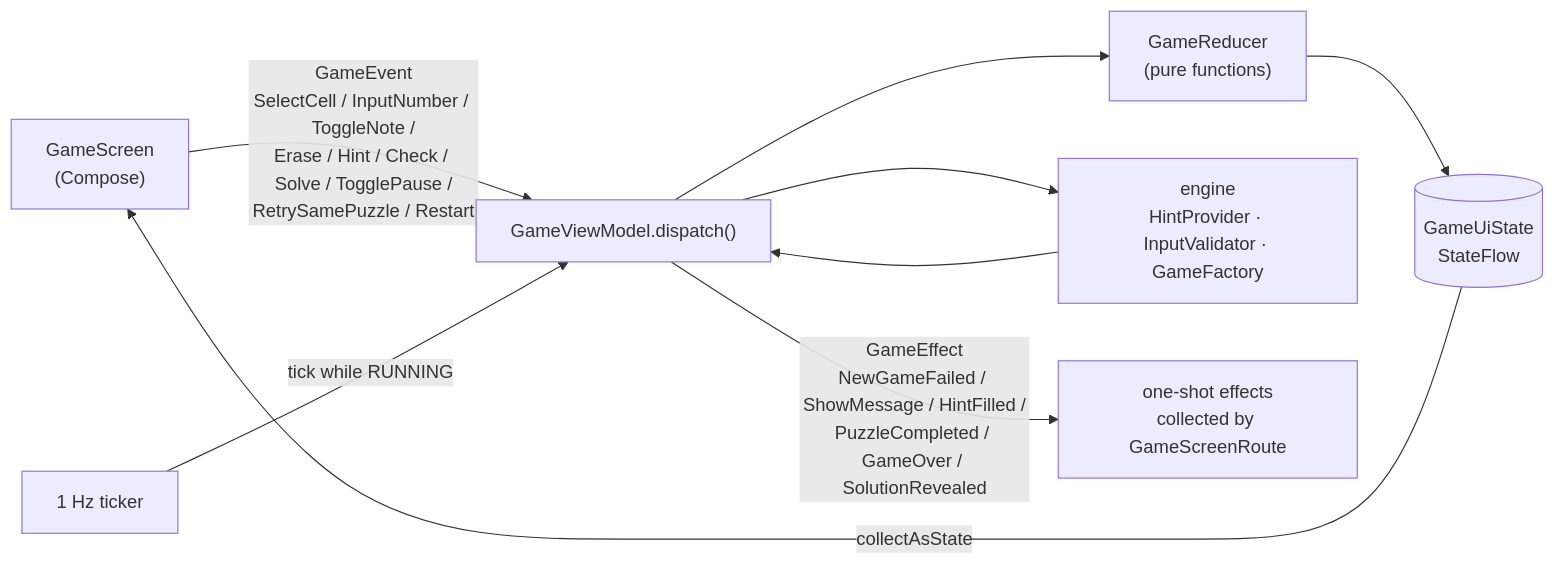
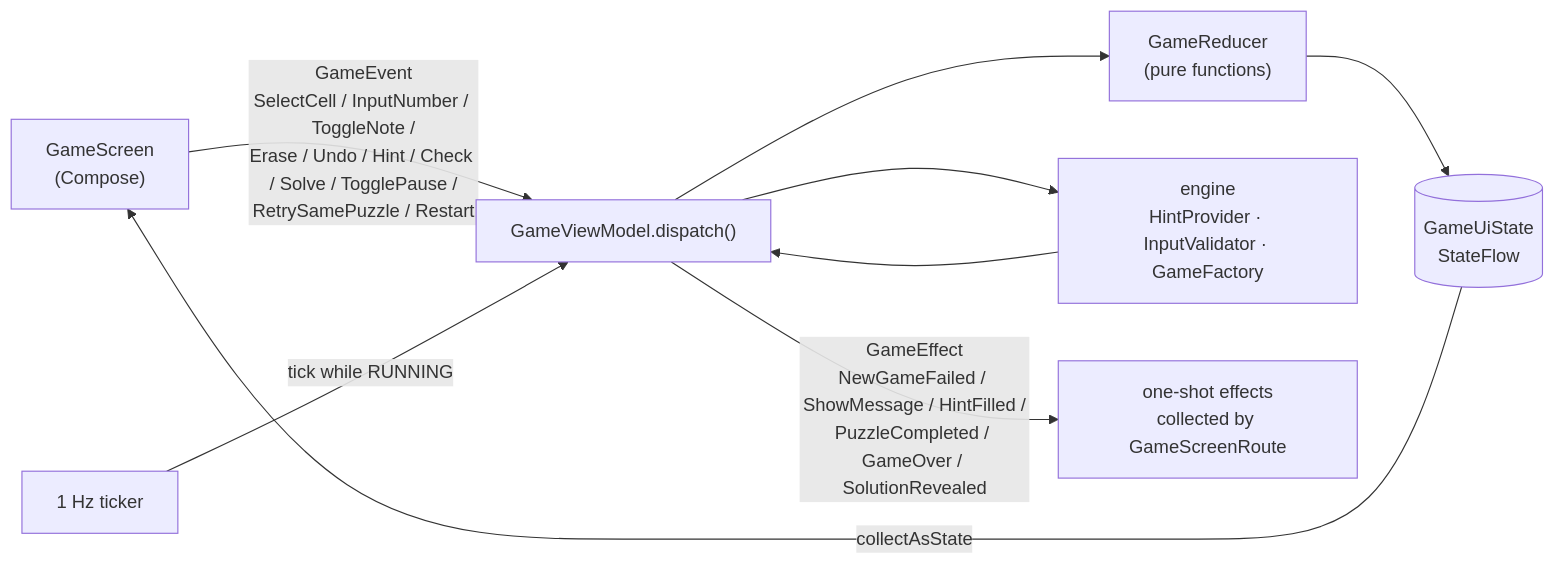
One commit to Lewis-Luo-Li/mind-game changed the third of 5 diagrams in README.md. Above: the diagram before and after it, drawn with Mermaid. The commit also changed other lines of this file and 18 other files, not shown here.

First line of the commit message:
Add LabeledCircleButton toolbar with working Undo; pause on timer tap (#10)

````diff
--- a/README.md
+++ b/README.md
@@ -173,11 +173,11 @@
 ```mermaid
 flowchart LR
-    UI["GameScreen<br/>(Compose)"] -- "GameEvent<br/>SelectCell / InputNumber / ToggleNote /<br/>Erase / Hint / Check / Solve / TogglePause /<br/>RetrySamePuzzle / Restart" --> VM["GameViewModel.dispatch()"]
+    UI["GameScreen<br/>(Compose)"] -- "GameEvent<br/>SelectCell / InputNumber / ToggleNote /<br/>Erase / Undo / Hint / Check / Solve / TogglePause /<br/>RetrySamePuzzle / Restart" --> VM["GameViewModel.dispatch()"]
     VM --> R["GameReducer<br/>(pure functions)"]
     VM --> E["engine<br/>HintProvider · InputValidator · GameFactory"]
     R --> S[("GameUiState<br/>StateFlow")]
     E --> VM
     T["1 Hz ticker"] -- "tick while RUNNING" --> VM
     S -- "collectAsState" --> UI
     VM -- "GameEffect<br/>NewGameFailed / ShowMessage / HintFilled /<br/>PuzzleCompleted / GameOver / SolutionRevealed" --> FX["one-shot effects<br/>collected by GameScreenRoute"]
 ```
````
